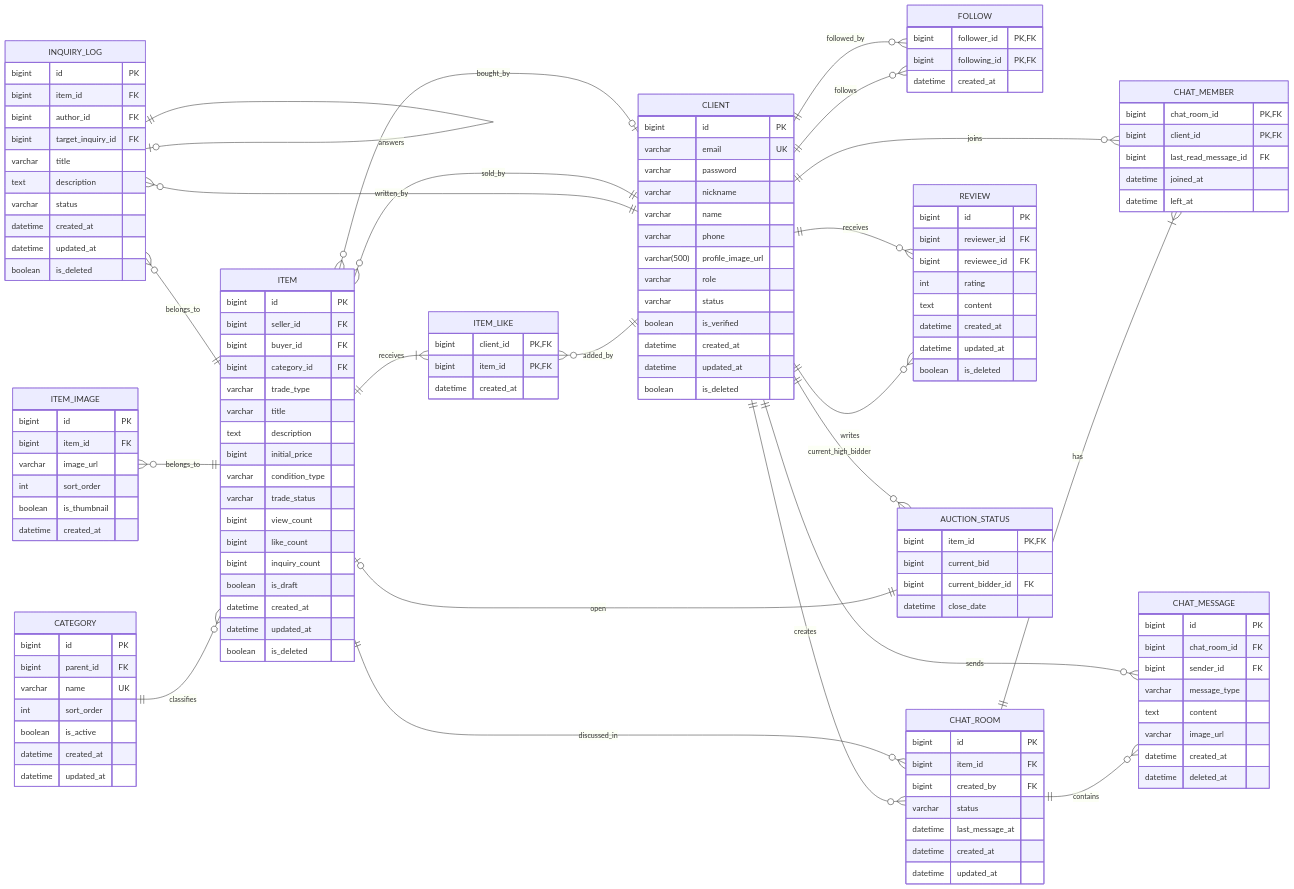
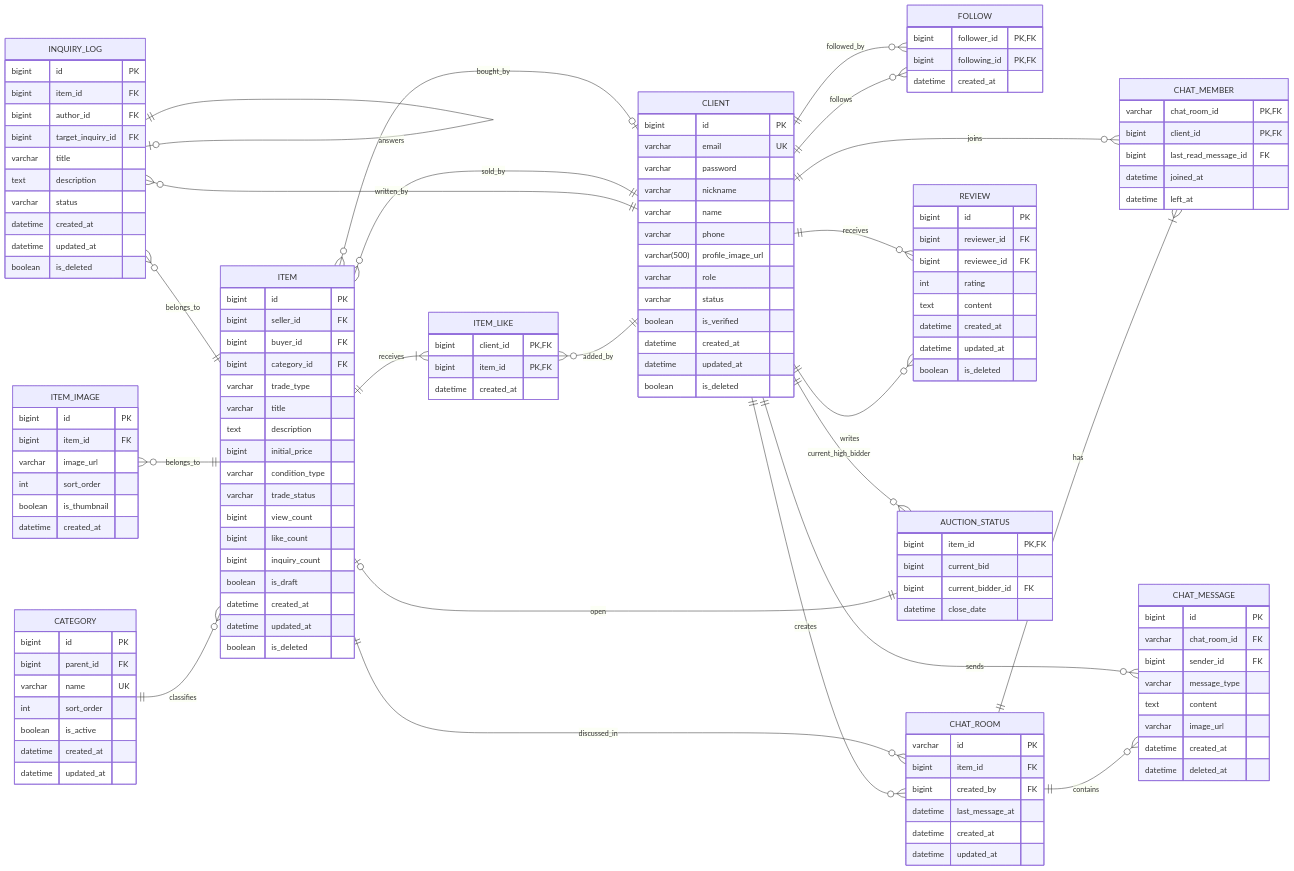
The diagram in docs/ERD.md (pcb2002/Cabbage-Market-10), drawn with Mermaid before and after one commit.

Commit message:
docs: 채팅방 ERD 수정

```diff
--- a/docs/ERD.md
+++ b/docs/ERD.md
@@ -114,17 +114,16 @@
     }
 
     chatRoom["CHAT_ROOM"] {
-        bigint id PK
+        varchar id PK
         bigint item_id FK
         bigint created_by FK
-        varchar status
         datetime last_message_at
         datetime created_at
         datetime updated_at
     }
 
     chatMember["CHAT_MEMBER"] {
-        bigint chat_room_id PK, FK
+        varchar chat_room_id PK, FK
         bigint client_id PK, FK
         bigint last_read_message_id FK
         datetime joined_at
@@ -133,7 +132,7 @@
 
     chatMessage["CHAT_MESSAGE"] {
         bigint id PK
-        bigint chat_room_id FK
+        varchar chat_room_id FK
         bigint sender_id FK
         varchar message_type
         text content
```
